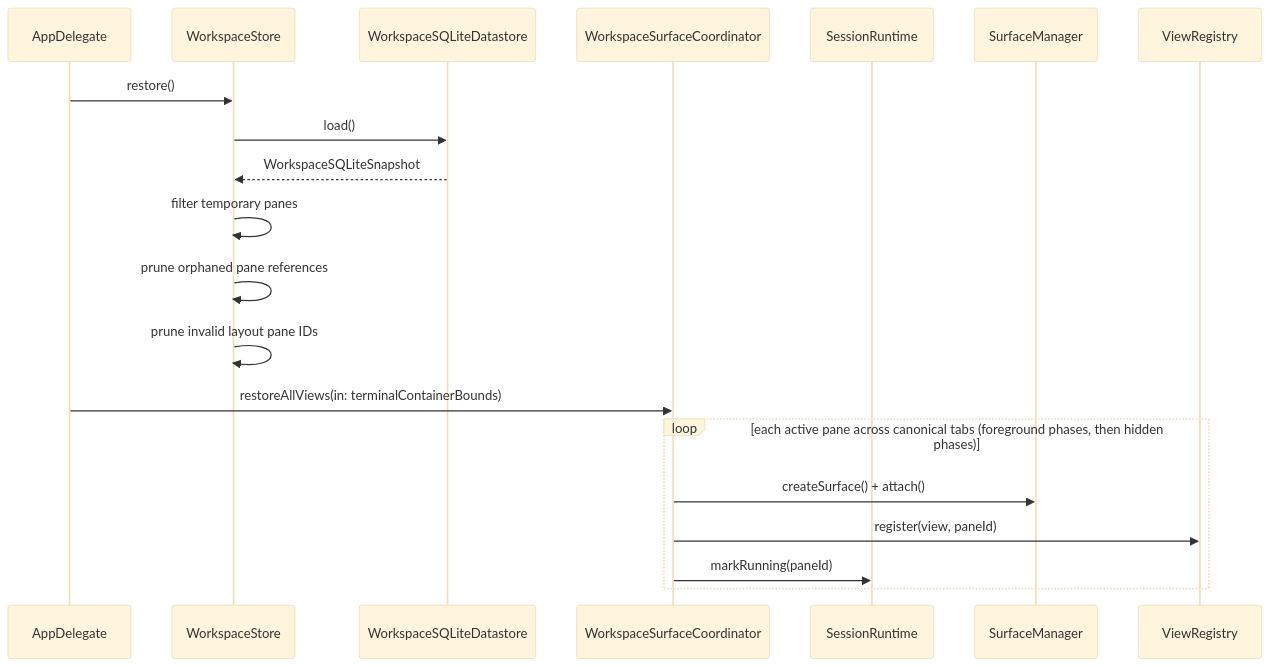
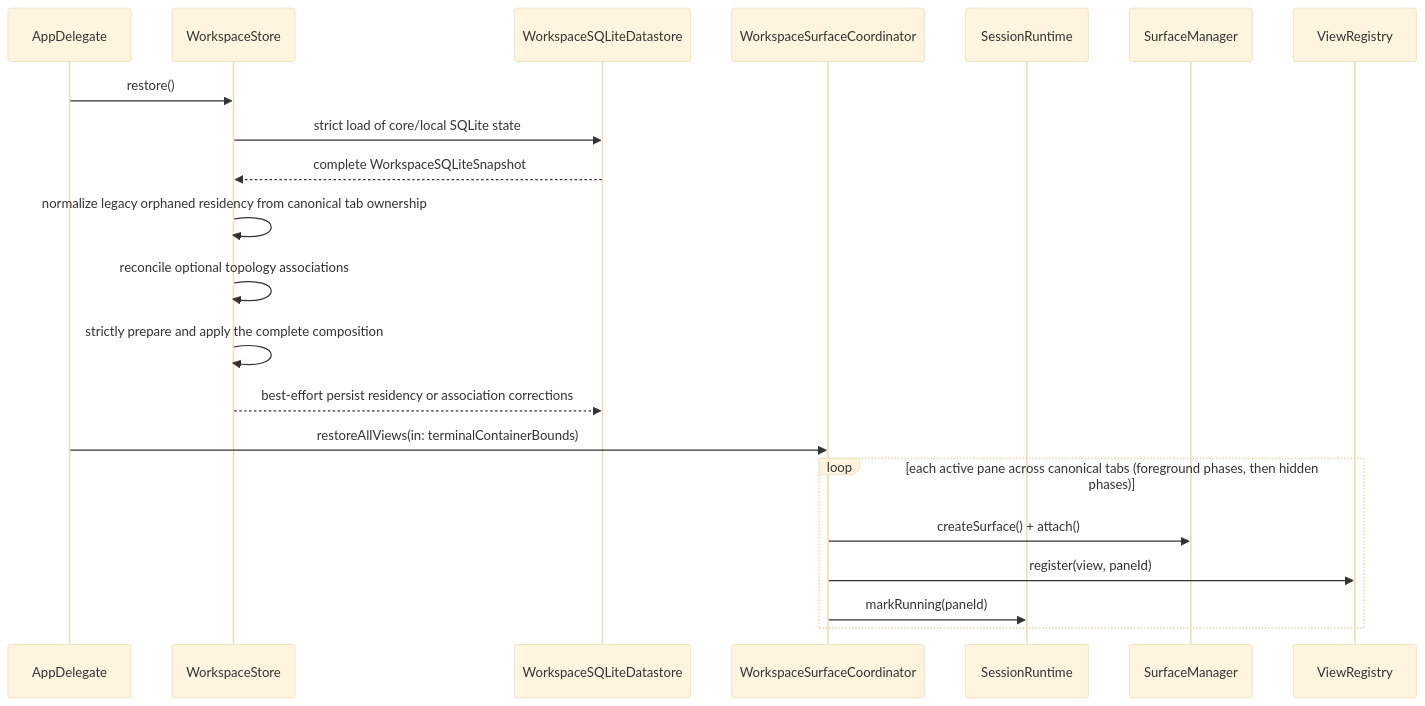
The third of 3 diagrams in docs/architecture/structure/component_architecture.md (ShravanSunder/agentstudio), drawn with Mermaid (base theme) before and after one commit. The commit also changed other lines of this file and 5 other files, not shown here.

````diff
--- a/docs/architecture/structure/component_architecture.md
+++ b/docs/architecture/structure/component_architecture.md
@@ -889,24 +889,25 @@
 ```mermaid
 sequenceDiagram
     participant AD as AppDelegate
     participant Store as WorkspaceStore
     participant DB as WorkspaceSQLiteDatastore
     participant Coord as WorkspaceSurfaceCoordinator
     participant RT as SessionRuntime
     participant SM as SurfaceManager
     participant VR as ViewRegistry
 
     AD->>Store: restore()
-    Store->>DB: load()
-    DB-->>Store: WorkspaceSQLiteSnapshot
-    Store->>Store: filter temporary panes
-    Store->>Store: prune orphaned pane references
-    Store->>Store: prune invalid layout pane IDs
+    Store->>DB: strict load of core/local SQLite state
+    DB-->>Store: complete WorkspaceSQLiteSnapshot
+    Store->>Store: normalize legacy orphaned residency from canonical tab ownership
+    Store->>Store: reconcile optional topology associations
+    Store->>Store: strictly prepare and apply the complete composition
+    Store-->>DB: best-effort persist residency or association corrections
 
     AD->>Coord: restoreAllViews(in: terminalContainerBounds)
     loop each active pane across canonical tabs (foreground phases, then hidden phases)
         Coord->>SM: createSurface() + attach()
         Coord->>VR: register(view, paneId)
         Coord->>RT: markRunning(paneId)
     end
 ```
````
